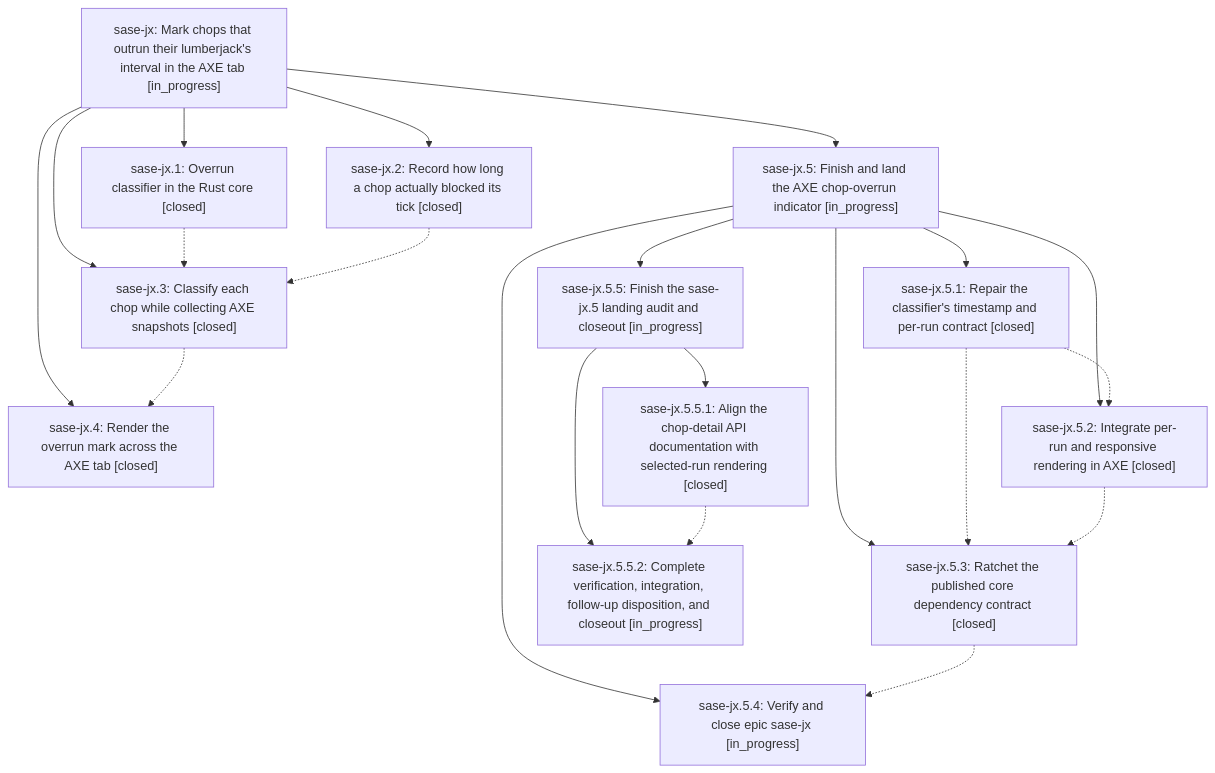
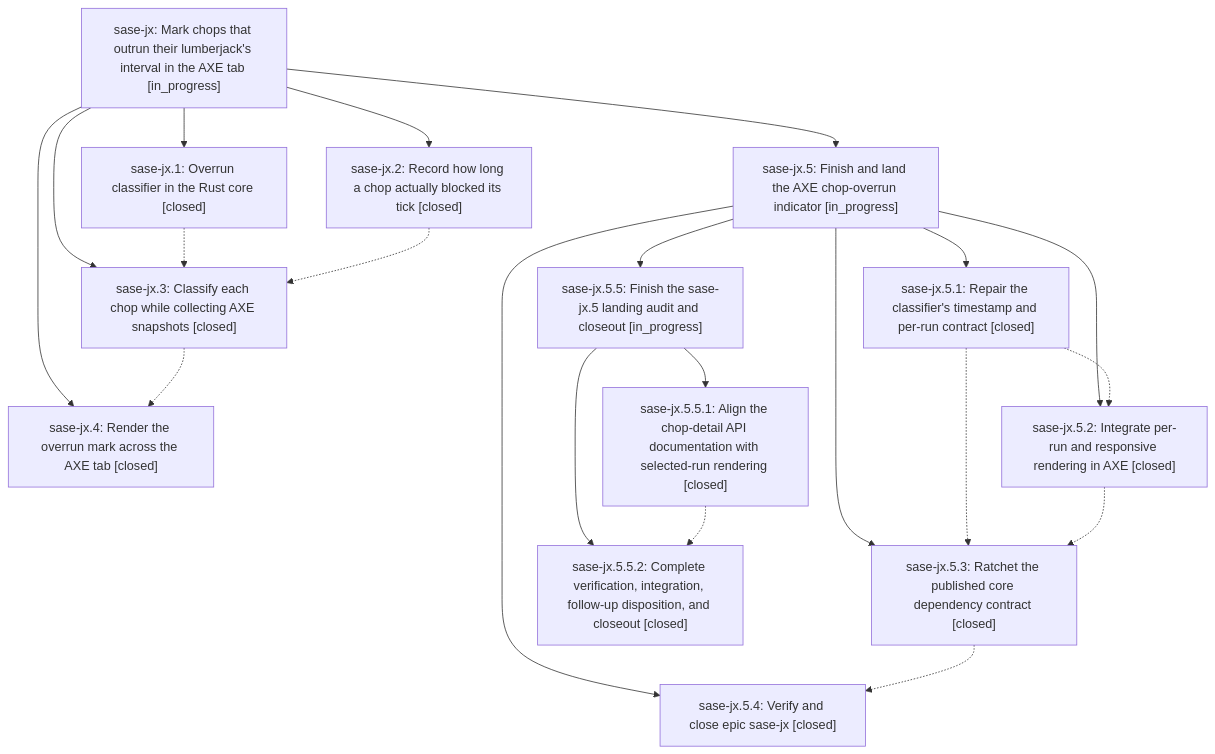
One commit to sase-org/sase--beads changed the diagram in pages/sase-jx/README.md. Above: the diagram before and after it, drawn with Mermaid. The commit also changed other lines of this file and 4 other files, not shown here.

````diff
--- a/pages/sase-jx/README.md
+++ b/pages/sase-jx/README.md
@@ -25,36 +25,36 @@
 ```mermaid
 flowchart TD
     n0["sase-jx: Mark chops that outrun their lumberjack's interval in the AXE tab [in_progress]"]
     n1["sase-jx.1: Overrun classifier in the Rust core [closed]"]
     n2["sase-jx.2: Record how long a chop actually blocked its tick [closed]"]
     n3["sase-jx.3: Classify each chop while collecting AXE snapshots [closed]"]
     n4["sase-jx.4: Render the overrun mark across the AXE tab [closed]"]
     n5["sase-jx.5: Finish and land the AXE chop-overrun indicator [in_progress]"]
     n6["sase-jx.5.1: Repair the classifier's timestamp and per-run contract [closed]"]
     n7["sase-jx.5.2: Integrate per-run and responsive rendering in AXE [closed]"]
     n8["sase-jx.5.3: Ratchet the published core dependency contract [closed]"]
-    n9["sase-jx.5.4: Verify and close epic sase-jx [in_progress]"]
+    n9["sase-jx.5.4: Verify and close epic sase-jx [closed]"]
     n10["sase-jx.5.5: Finish the sase-jx.5 landing audit and closeout [in_progress]"]
     n11["sase-jx.5.5.1: Align the chop-detail API documentation with selected-run rendering [closed]"]
-    n12["sase-jx.5.5.2: Complete verification, integration, follow-up disposition, and closeout [in_progress]"]
+    n12["sase-jx.5.5.2: Complete verification, integration, follow-up disposition, and closeout [closed]"]
     n0 --> n1
     n0 --> n2
     n0 --> n3
     n0 --> n4
     n0 --> n5
     n5 --> n6
     n5 --> n7
     n5 --> n8
     n5 --> n9
     n5 --> n10
     n10 --> n11
     n10 --> n12
     n1 -.-> n3
     n2 -.-> n3
     n3 -.-> n4
     n6 -.-> n7
     n6 -.-> n8
     n7 -.-> n8
     n8 -.-> n9
     n11 -.-> n12
 ```
````
